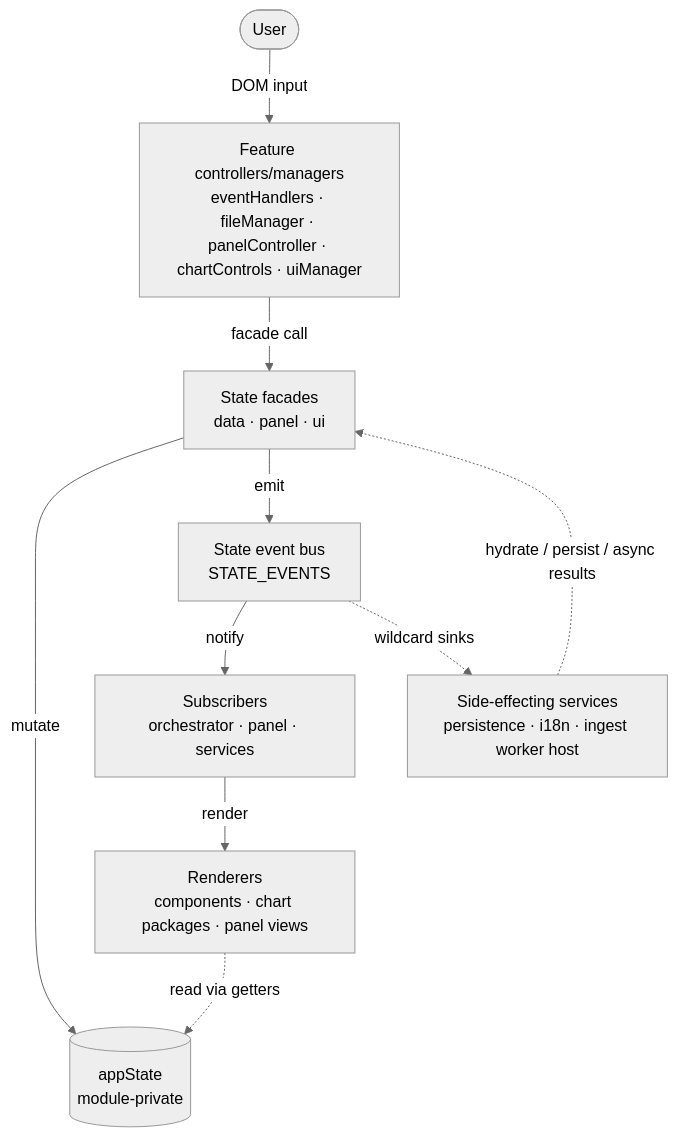
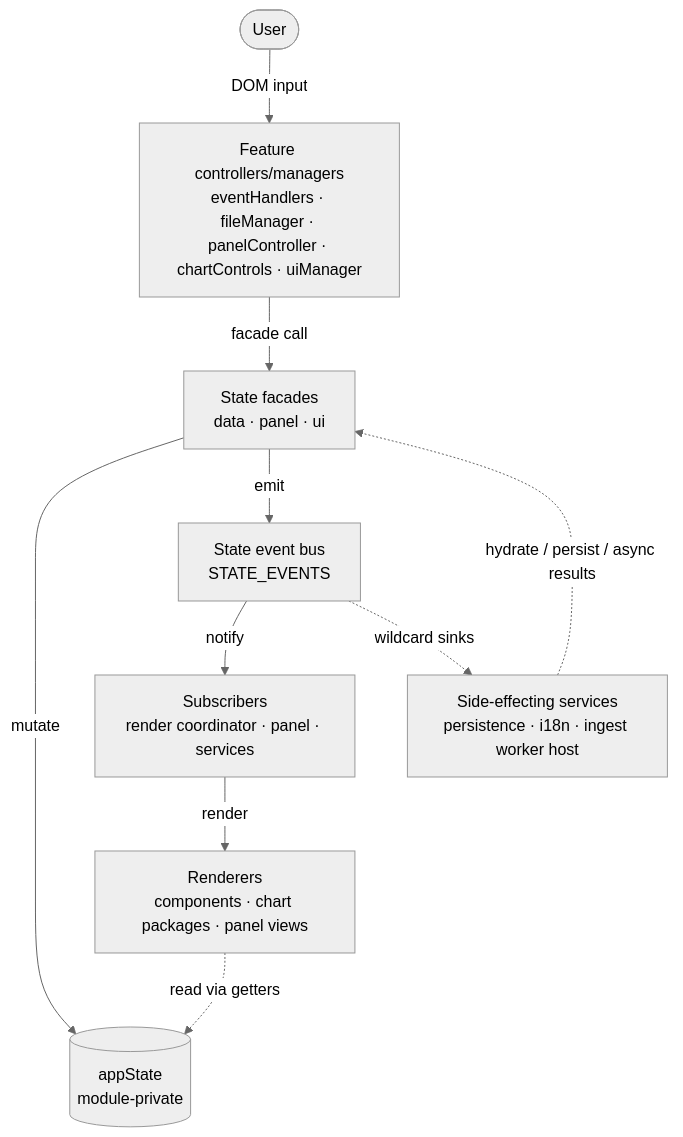
Before and after one commit to GabrielInada/CHIVE: the diagram in docs/development/architecture.md, drawn with Mermaid (neutral theme). The commit also changed other lines of this file and 22 other files, not shown here.

````diff
--- a/docs/development/architecture.md
+++ b/docs/development/architecture.md
@@ -49,21 +49,21 @@
 ```mermaid
 flowchart TB
     U(["User"])
     CTRL["Feature controllers/managers<br/>eventHandlers · fileManager · panelController · chartControls · uiManager"]
     FAC["State facades<br/>data · panel · ui"]
     STATE[("appState<br/>module-private")]
     BUS["State event bus<br/>STATE_EVENTS"]
-    SUB["Subscribers<br/>orchestrator · panel · services"]
+    SUB["Subscribers<br/>render coordinator · panel · services"]
     VIEW["Renderers<br/>components · chart packages · panel views"]
     SERVICES["Side-effecting services<br/>persistence · i18n · ingest worker host"]
 
     U -- DOM input --> CTRL
     CTRL -- facade call --> FAC
     FAC -- mutate --> STATE
     FAC -- emit --> BUS
     BUS -- notify --> SUB
     SUB -- render --> VIEW
     VIEW -. read via getters .-> STATE
     SERVICES -. hydrate / persist / async results .-> FAC
     BUS -. wildcard sinks .-> SERVICES
 ```
````
